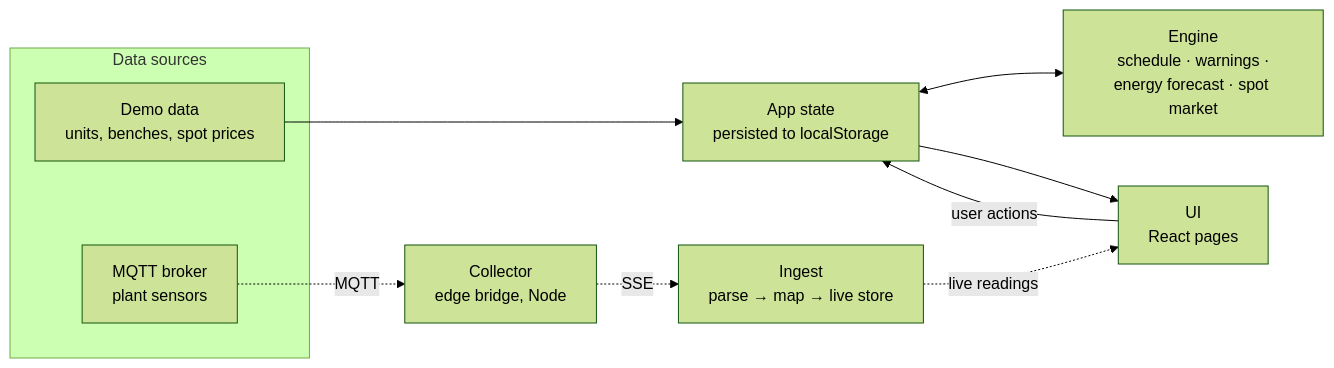
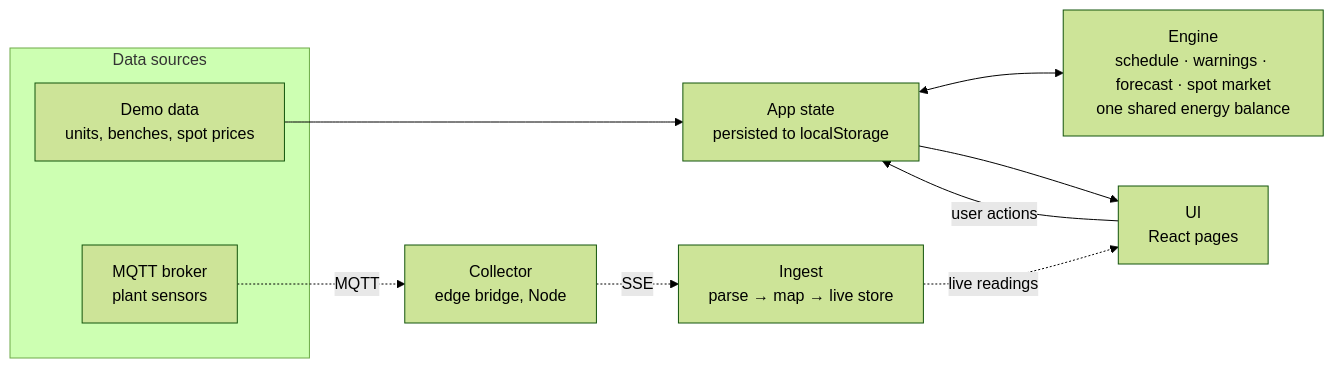
One commit to adilpsn/utiliq changed the first of 3 diagrams in docs/ARCHITECTURE.md. Above: the diagram before and after it, drawn with Mermaid (forest theme). The commit also changed other lines of this file and 1 other file, not shown here.

First line of the commit message:
docs: README + architecture reflect the grid-flow fix, tests, npm install

````diff
--- a/docs/ARCHITECTURE.md
+++ b/docs/ARCHITECTURE.md
@@ -18,22 +18,22 @@
 ```mermaid
 flowchart LR
     subgraph SRC["Data sources"]
         DEMO["Demo data<br/>units, benches, spot prices"]
         BROKER["MQTT broker<br/>plant sensors"]
     end
 
     COLL["Collector<br/>edge bridge, Node"]
     INGEST["Ingest<br/>parse → map → live store"]
-    ENGINE["Engine<br/>schedule · warnings ·<br/>energy forecast · spot market"]
+    ENGINE["Engine<br/>schedule · warnings · forecast · spot market<br/>one shared energy balance"]
     STATE["App state<br/>persisted to localStorage"]
     UI["UI<br/>React pages"]
 
     DEMO --> STATE
     STATE <--> ENGINE
     STATE --> UI
     UI -- "user actions" --> STATE
 
     BROKER -. MQTT .-> COLL
     COLL -. SSE .-> INGEST
     INGEST -. "live readings" .-> UI
 ```
````
